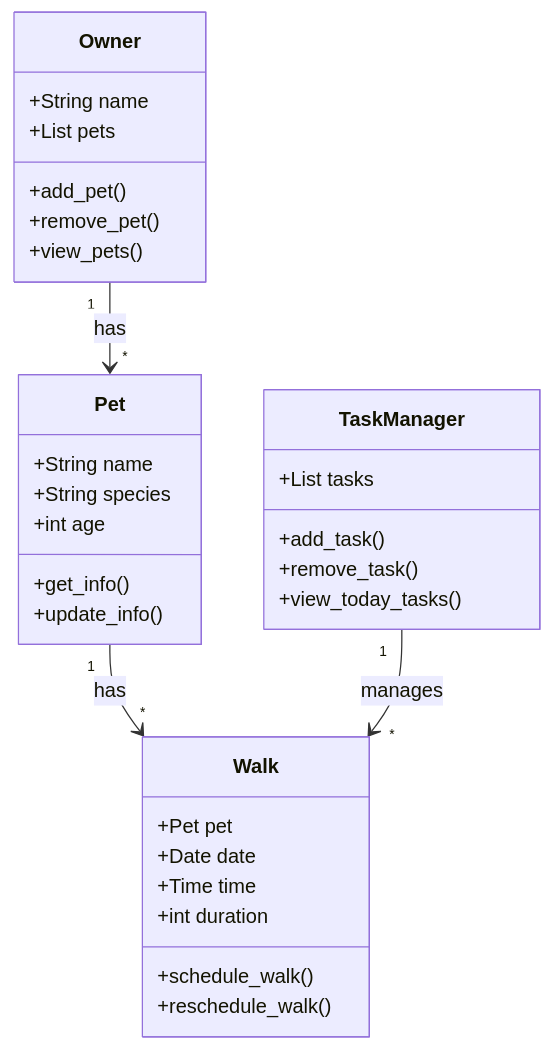
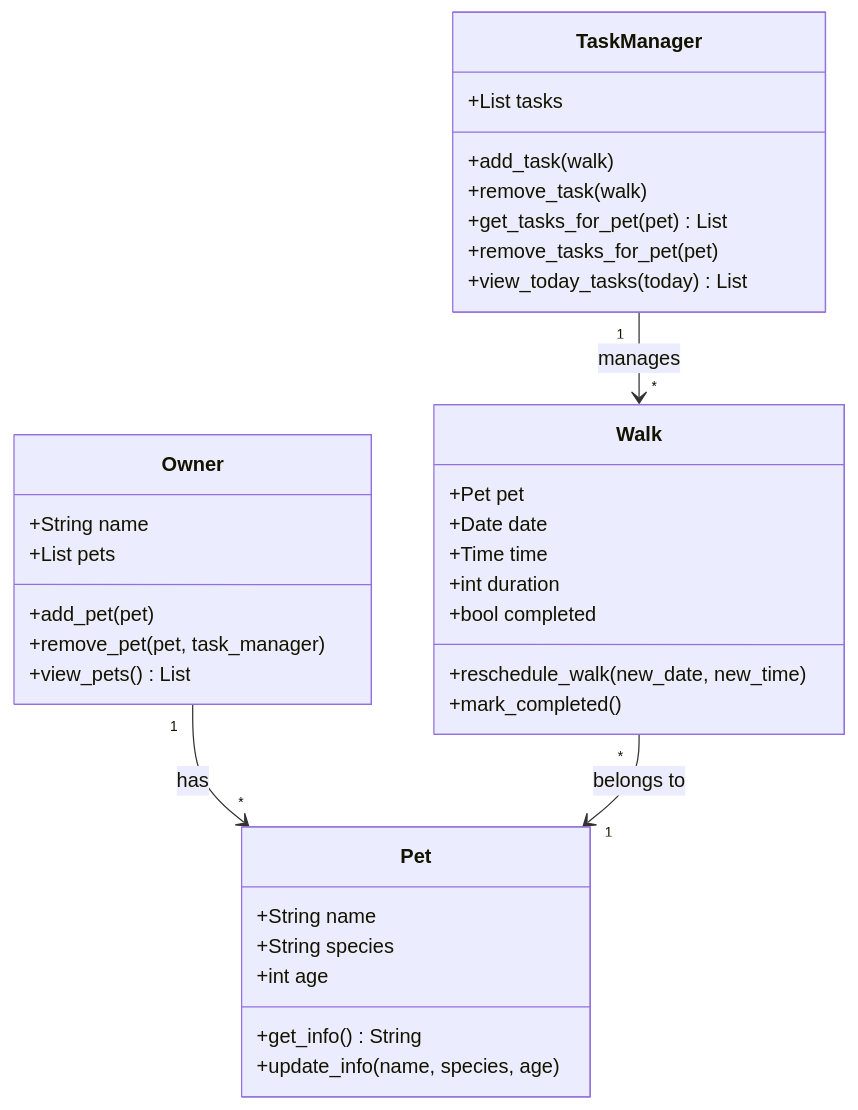
The diagram in diagrams/uml_draft.mmd (earthtonaila/ai110-module2show-pawpal-starter), drawn with Mermaid before and after one commit. The commit also changed other lines of this file and 2 other files, not shown here.

```diff
--- a/diagrams/uml_draft.mmd
+++ b/diagrams/uml_draft.mmd
@@ -1,36 +1,39 @@
 classDiagram
     class Owner {
         +String name
         +List pets
-        +add_pet()
-        +remove_pet()
-        +view_pets()
+        +add_pet(pet)
+        +remove_pet(pet, task_manager)
+        +view_pets() List
     }
 
     class Pet {
         +String name
         +String species
         +int age
-        +get_info()
-        +update_info()
+        +get_info() String
+        +update_info(name, species, age)
     }
 
     class Walk {
         +Pet pet
         +Date date
         +Time time
         +int duration
-        +schedule_walk()
-        +reschedule_walk()
+        +bool completed
+        +reschedule_walk(new_date, new_time)
+        +mark_completed()
     }
 
     class TaskManager {
         +List tasks
-        +add_task()
-        +remove_task()
-        +view_today_tasks()
+        +add_task(walk)
+        +remove_task(walk)
+        +get_tasks_for_pet(pet) List
+        +remove_tasks_for_pet(pet)
+        +view_today_tasks(today) List
     }
 
     Owner "1" --> "*" Pet : has
-    Pet "1" --> "*" Walk : has
+    Walk "*" --> "1" Pet : belongs to
     TaskManager "1" --> "*" Walk : manages
```
